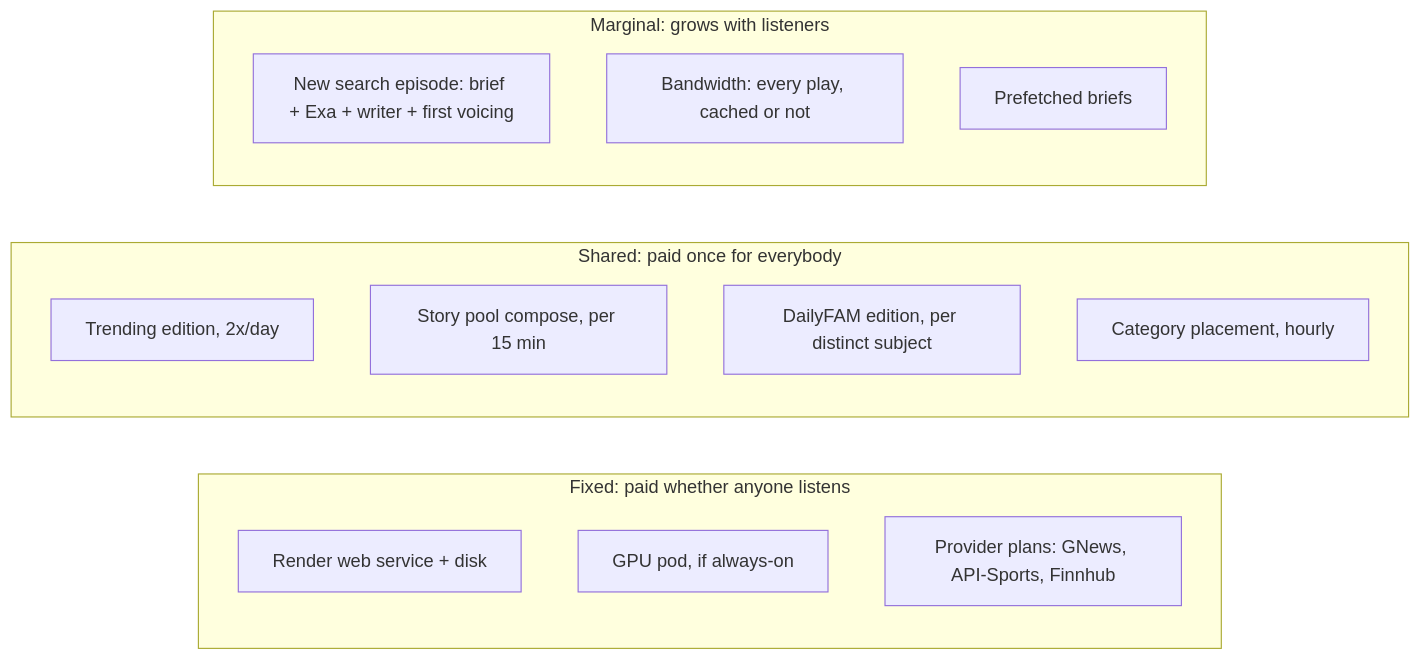
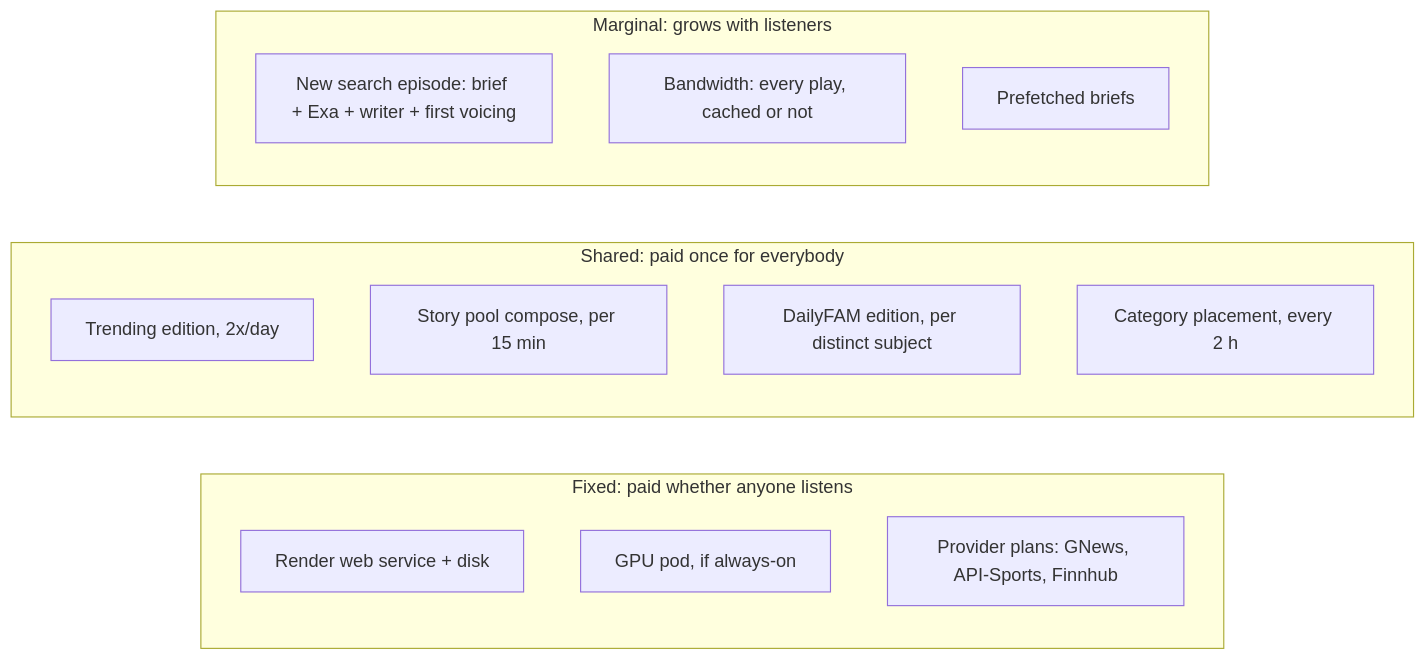
The diagram in docs/FINANCIAL.md (tjweingart-byte/FAM), drawn with Mermaid before and after one commit. The commit also changed other lines of this file and 6 other files, not shown here.

````diff
--- a/docs/FINANCIAL.md
+++ b/docs/FINANCIAL.md
@@ -39,19 +39,19 @@
 ```mermaid
 flowchart LR
   subgraph Fixed["Fixed: paid whether anyone listens"]
     R[Render web service + disk]
     G[GPU pod, if always-on]
     P[Provider plans: GNews, API-Sports, Finnhub]
   end
   subgraph Shared["Shared: paid once for everybody"]
     T[Trending edition, 2x/day]
     S[Story pool compose, per 15 min]
     D[DailyFAM edition, per distinct subject]
-    C[Category placement, hourly]
+    C[Category placement, every 2 h]
   end
   subgraph Marginal["Marginal: grows with listeners"]
     M[New search episode: brief + Exa + writer + first voicing]
     B[Bandwidth: every play, cached or not]
     PF[Prefetched briefs]
   end
 ```
````
